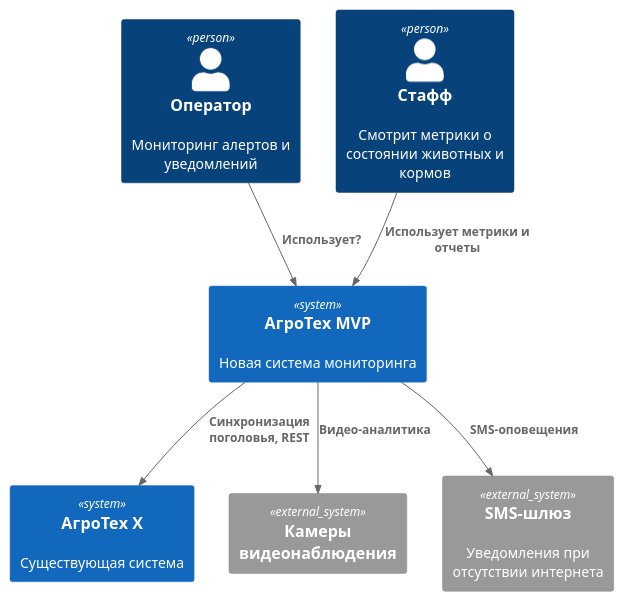
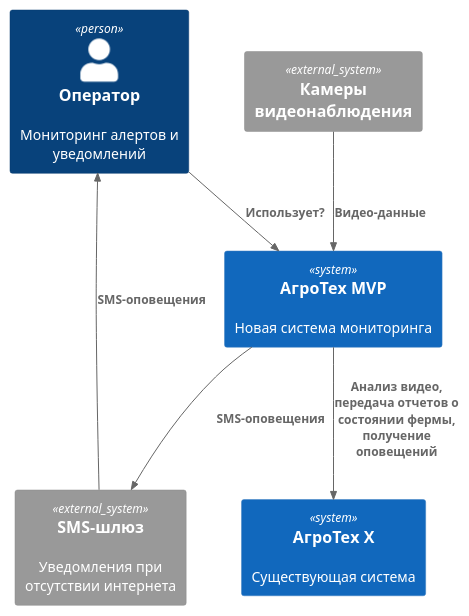
The diagram in Task1/agrotech_c1_1.puml (badKOT/MSA-AgroTech), drawn with PlantUML before and after one commit. The commit also changed 1 other file, not shown here.

```diff
--- a/Task1/agrotech_c1_1.puml
+++ b/Task1/agrotech_c1_1.puml
@@ -1,18 +1,16 @@
 @startuml
 !include https://raw.githubusercontent.com/plantuml-stdlib/C4-PlantUML/master/C4_Context.puml
 
 Person(operator, "Оператор", "Мониторинг алертов и уведомлений")
-Person(staff, "Стафф", "Смотрит метрики о состоянии животных и кормов")
 
 System(agro_mvp, "АгроТех MVP", "Новая система мониторинга")
 System(current_system, "АгроТех Х", "Существующая система")
 System_Ext(cam_vendor, "Камеры видеонаблюдения")
 System_Ext(sms_gateway, "SMS-шлюз", "Уведомления при отсутствии интернета")
 
 Rel(operator, agro_mvp, "Использует?")
-Rel(staff, agro_mvp, "Использует метрики и отчеты")
-
-Rel(agro_mvp, cam_vendor, "Видео-аналитика")
+Rel(cam_vendor, agro_mvp, "Видео-данные")
 Rel(agro_mvp, sms_gateway, "SMS-оповещения")
-Rel(agro_mvp, current_system, "Синхронизация поголовья, REST")
+Rel(agro_mvp, current_system, "Анализ видео, передача отчетов о состоянии фермы, получение оповещений")
+Rel(sms_gateway, operator, "SMS-оповещения")
 @enduml
```
